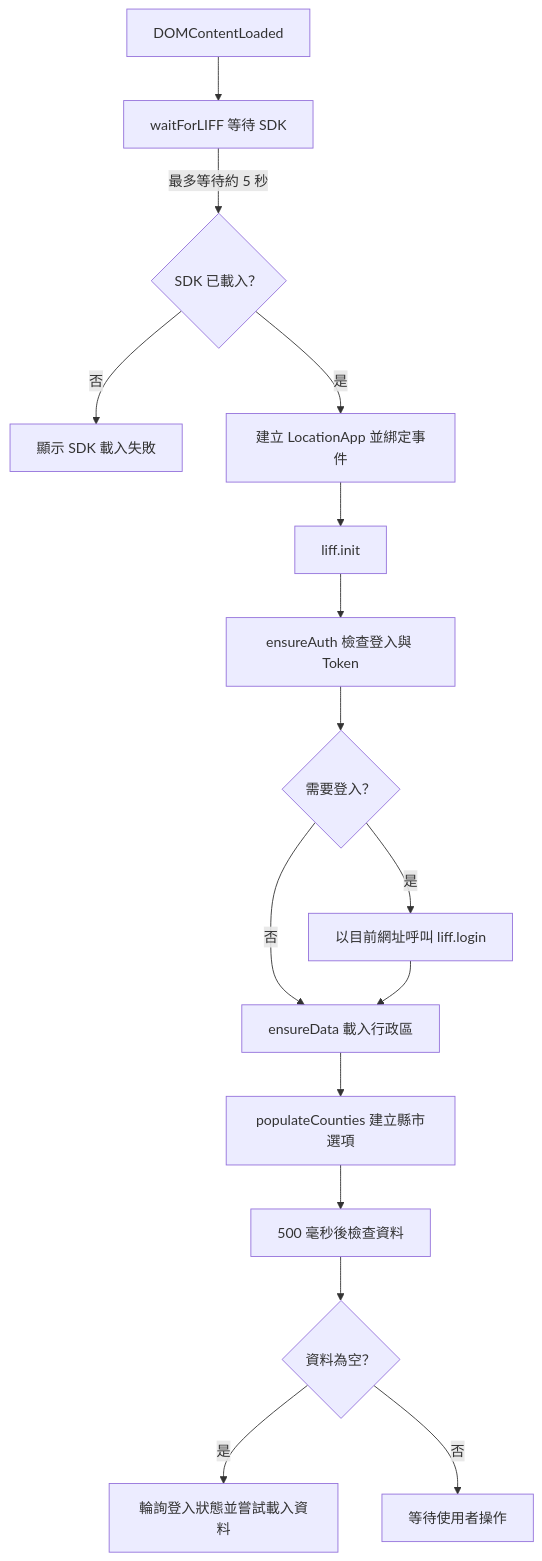
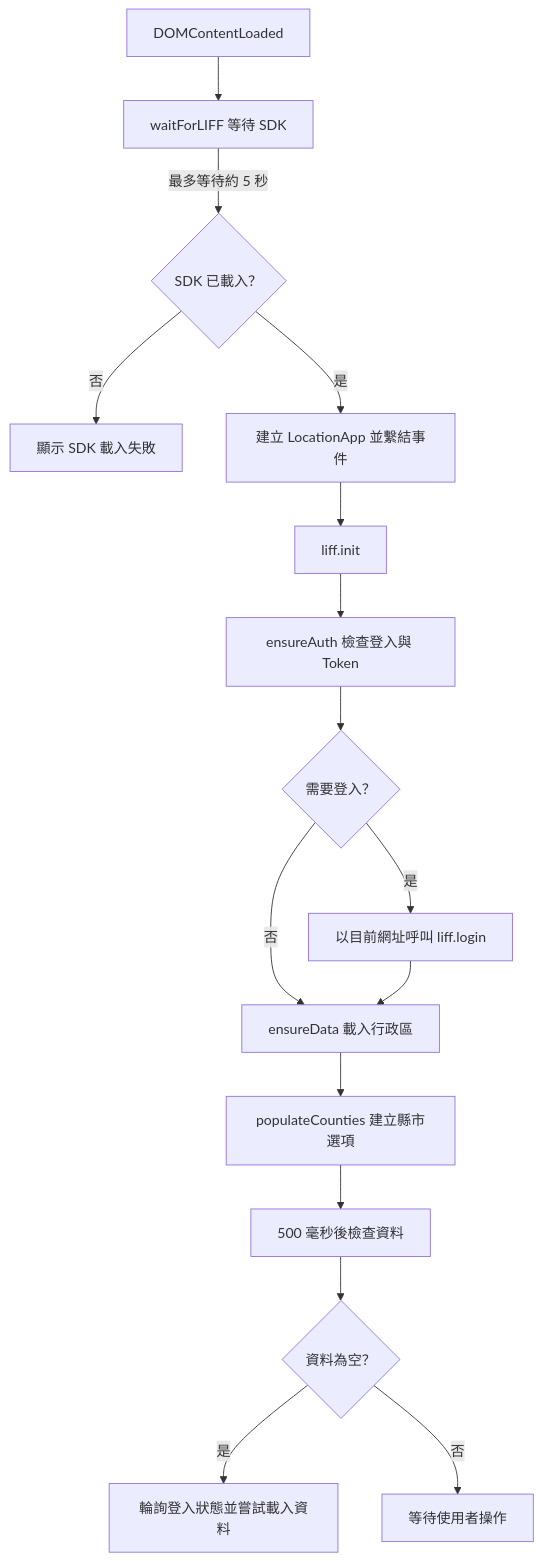
The second of 3 diagrams in docs/wiki/users_and_location_settings/users_and_location_settings_liff.md (kyomind/WeaMind), drawn with Mermaid before and after one commit. The commit also changed other lines of this file and 14 other files, not shown here.

````diff
--- a/docs/wiki/users_and_location_settings/users_and_location_settings_liff.md
+++ b/docs/wiki/users_and_location_settings/users_and_location_settings_liff.md
@@ -29,18 +29,18 @@
 ```mermaid
 flowchart TD
     A["DOMContentLoaded"] --> B["waitForLIFF 等待 SDK"]
     B -->|"最多等待約 5 秒"| C{"SDK 已載入？"}
     C -->|"否"| D["顯示 SDK 載入失敗"]
-    C -->|"是"| E["建立 LocationApp 並綁定事件"]
+    C -->|"是"| E["建立 LocationApp 並繫結事件"]
     E --> F["liff.init"]
     F --> G["ensureAuth 檢查登入與 Token"]
     G --> H{"需要登入？"}
     H -->|"是"| I["以目前網址呼叫 liff.login"]
     H -->|"否"| J["ensureData 載入行政區"]
     I --> J
     J --> K["populateCounties 建立縣市選項"]
     K --> L["500 毫秒後檢查資料"]
     L --> M{"資料為空？"}
     M -->|"是"| N["輪詢登入狀態並嘗試載入資料"]
     M -->|"否"| O["等待使用者操作"]
 ```
````
